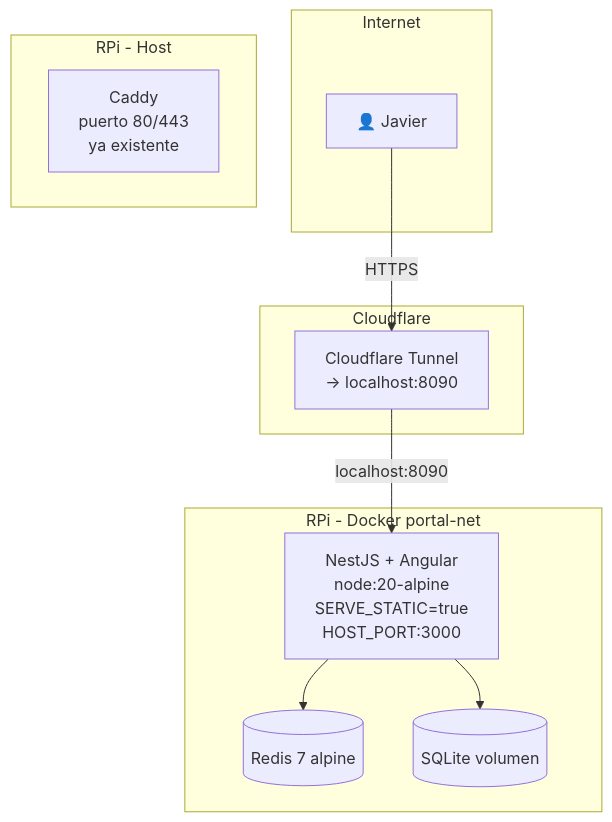
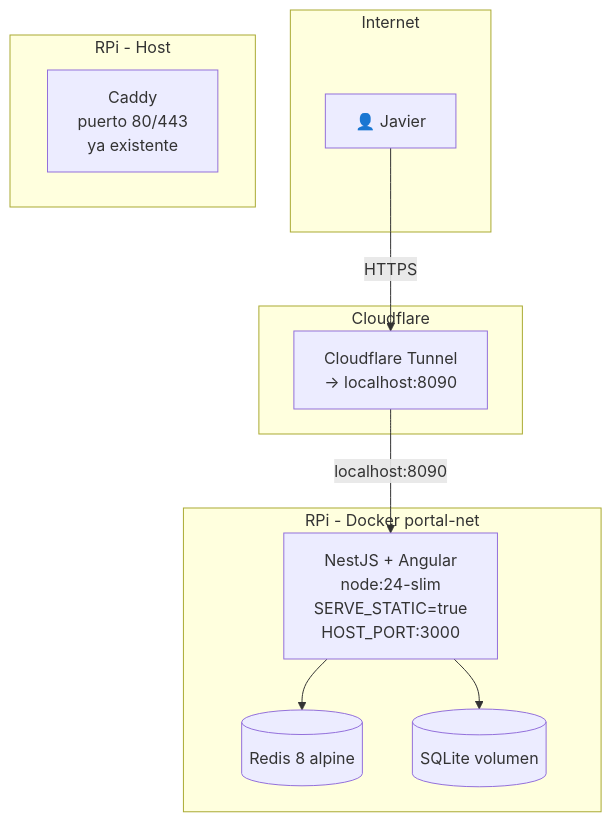
The eighth of 9 diagrams in daily-portal-architecture.md (fjbatresv/daily-portal), drawn with Mermaid before and after one commit. The commit also changed other lines of this file and 47 other files, not shown here.

````diff
--- a/daily-portal-architecture.md
+++ b/daily-portal-architecture.md
@@ -425,25 +425,25 @@
 ```mermaid
 graph TB
   subgraph Internet
     USER[👤 Javier]
   end
 
   subgraph Cloudflare
     CF[Cloudflare Tunnel<br/>→ localhost:8090]
   end
 
   subgraph RPi - Host
     CADDY[Caddy<br/>puerto 80/443<br/>ya existente]
   end
 
   subgraph RPi - Docker portal-net
-    NESTJS[NestJS + Angular<br/>node:20-alpine<br/>SERVE_STATIC=true<br/>HOST_PORT:3000]
-    REDIS[(Redis 7 alpine)]
+    NESTJS[NestJS + Angular<br/>node:24-slim<br/>SERVE_STATIC=true<br/>HOST_PORT:3000]
+    REDIS[(Redis 8 alpine)]
     SQLITE[(SQLite volumen)]
   end
 
   USER -->|HTTPS| CF
   CF -->|localhost:8090| NESTJS
   NESTJS --> REDIS
   NESTJS --> SQLITE
 ```
````
